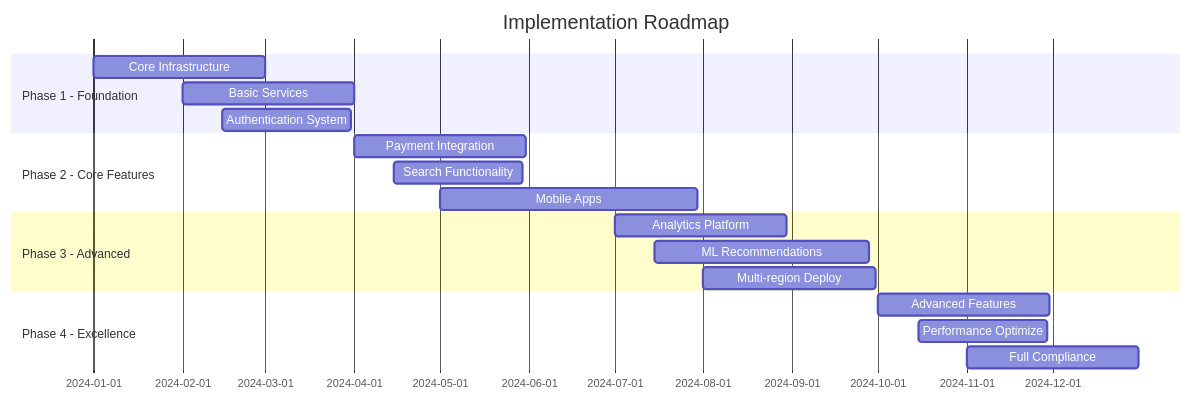
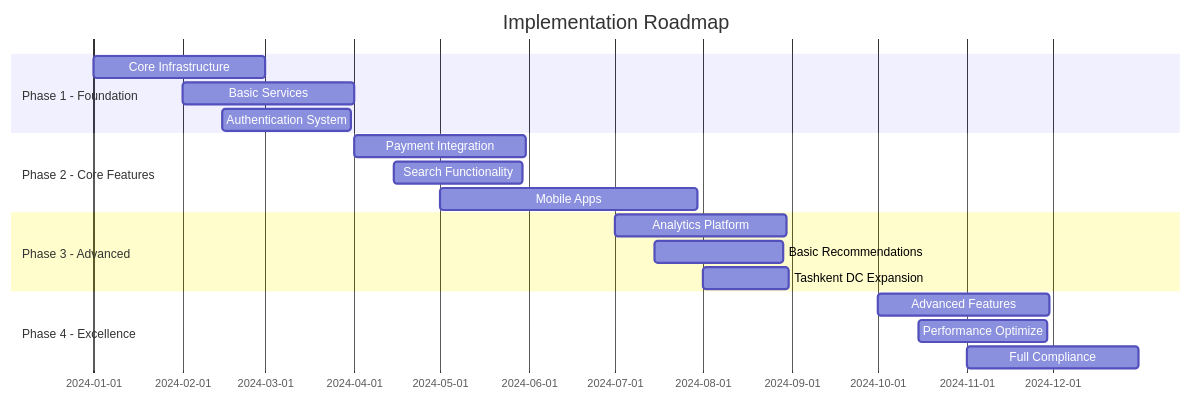
Before and after one commit to mansur-7080/newegg: the diagram in docs/architecture.md, drawn with Mermaid. The commit also changed other lines of this file and 594 other files, not shown here.

````diff
--- a/docs/architecture.md
+++ b/docs/architecture.md
@@ -769,25 +770,25 @@
 ```mermaid
 gantt
     title Implementation Roadmap
     dateFormat  YYYY-MM-DD
-    
+
     section Phase 1 - Foundation
     Core Infrastructure     :2024-01-01, 60d
     Basic Services         :2024-02-01, 60d
     Authentication System  :2024-02-15, 45d
-    
+
     section Phase 2 - Core Features
     Payment Integration    :2024-04-01, 60d
     Search Functionality   :2024-04-15, 45d
     Mobile Apps           :2024-05-01, 90d
-    
+
     section Phase 3 - Advanced
     Analytics Platform     :2024-07-01, 60d
-    ML Recommendations    :2024-07-15, 75d
-    Multi-region Deploy   :2024-08-01, 60d
-    
+    Basic Recommendations  :2024-07-15, 45d
+    Tashkent DC Expansion  :2024-08-01, 30d
+
     section Phase 4 - Excellence
     Advanced Features     :2024-10-01, 60d
     Performance Optimize  :2024-10-15, 45d
     Full Compliance      :2024-11-01, 60d
 ```
````
